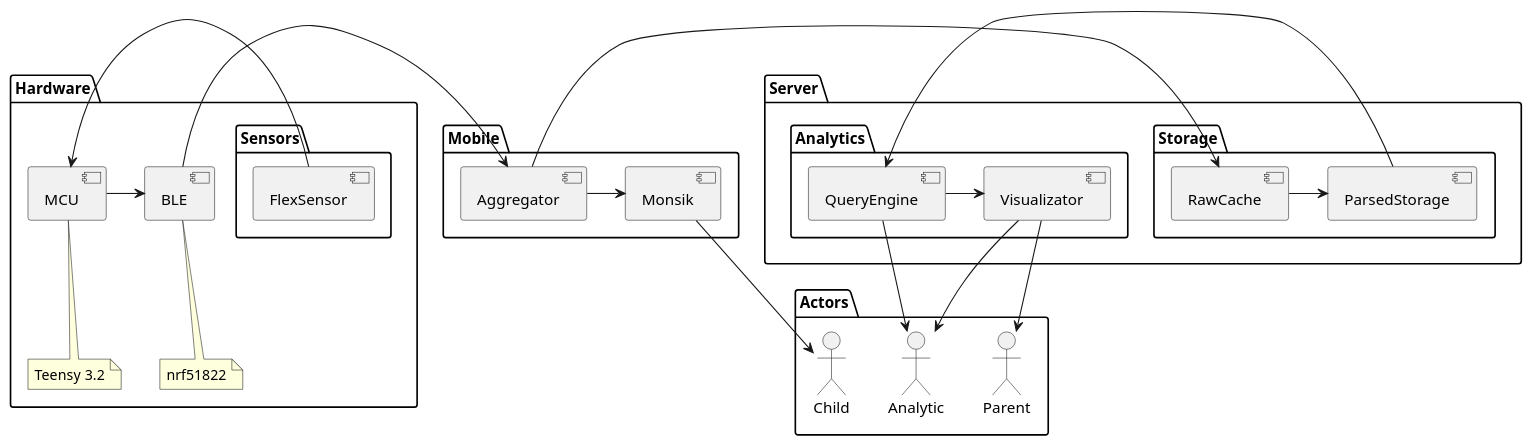
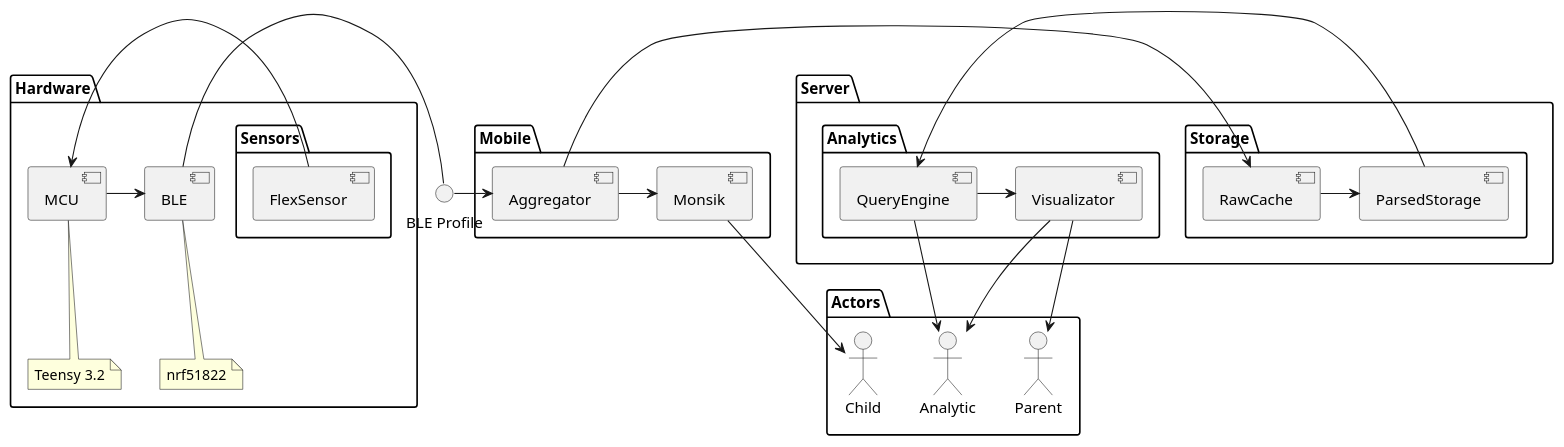
The diagram in architecture.puml (motorica-org/telemetry-docs), drawn with PlantUML before and after one commit.

Commit message:
feat(Architecture): Add 'BLE Profile' iface

```diff
--- a/architecture.puml
+++ b/architecture.puml
@@ -1,47 +1,49 @@
 @startuml
 skinparam componentStyle uml2
+
+interface "BLE Profile" [[https://github.com/motorica-org/telemetry-docs/wiki/BLE-Profile]]
 
 package Hardware {
     component MCU
     component BLE
 
     package Sensors {
         [FlexSensor] -> [MCU]
     }
 
     [MCU] -> [BLE]
+    [BLE] - (BLE Profile)
 
     note bottom of [MCU]: Teensy 3.2
     note bottom of [BLE]: nrf51822
 }
 
 package Mobile {
-    [BLE] -> [Aggregator]
+    (BLE Profile) -> [Aggregator]
     [Aggregator] -> [Monsik]
 }
 
 package Server {
     package Storage {
         [Aggregator] -> [RawCache]
         [RawCache] -> [ParsedStorage]
     }
     package Analytics {
         [ParsedStorage] -> [QueryEngine]
         [QueryEngine] -> [Visualizator]
     }
 }
 
 package Actors {
     actor Child
     actor Parent
     actor Analytic
 
     Child <- [Monsik]
 
     Parent <- [Visualizator]
 
     Analytic <-u- [QueryEngine]
     Analytic <-u- [Visualizator]
 }
-
 @enduml
```
